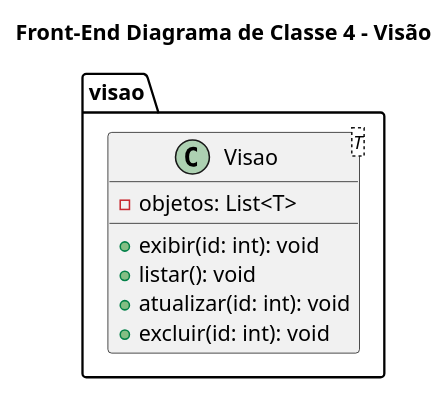
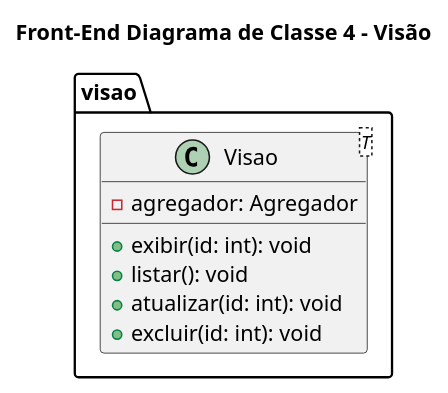
One commit to tiagors09/CareGardenProject changed the diagram in docs/diagramas/src/diagramas_classe/frontend/diagrama_classe_4.plantuml. Above: the diagram before and after it, drawn with PlantUML. The commit also changed 3 other files, not shown here.

```diff
--- a/docs/diagramas/src/diagramas_classe/frontend/diagrama_classe_4.plantuml
+++ b/docs/diagramas/src/diagramas_classe/frontend/diagrama_classe_4.plantuml
@@ -1,13 +1,13 @@
 @startuml Diagrama_Classe_4
 title Front-End Diagrama de Classe 4 - Visão
 
 package visao {
   class Visao<T> {
-    -objetos: List<T>
+    -agregador: Agregador
     +exibir(id: int): void
     +listar(): void
     +atualizar(id: int): void
     +excluir(id: int): void
   }
 }
 @enduml
```
